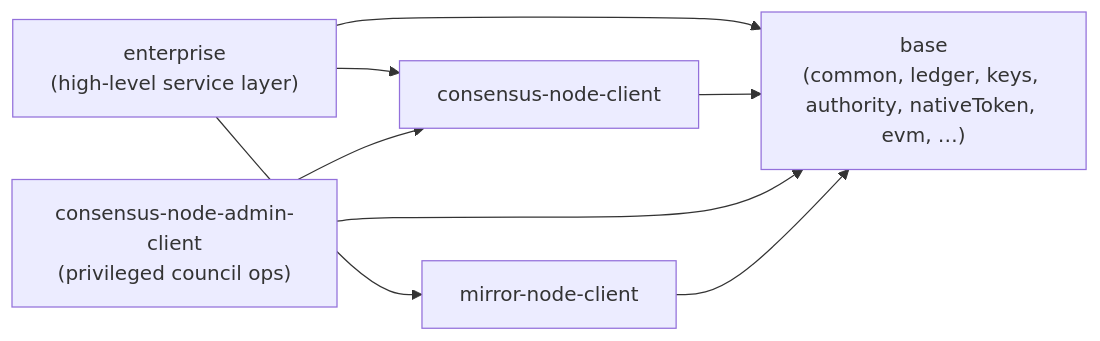
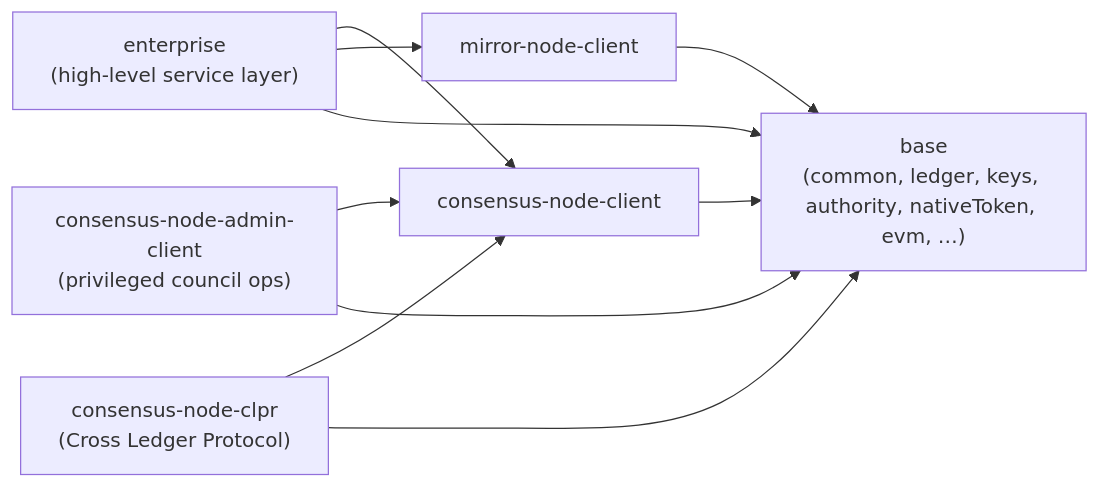
The first of 8 diagrams in spec/dependencies.md (hiero-hackers/hiero-sdk-v3-prototyping), drawn with Mermaid before and after one commit. The commit also changed other lines of this file and 4 other files, not shown here.

````diff
--- a/spec/dependencies.md
+++ b/spec/dependencies.md
@@ -21,16 +22,19 @@
 ```mermaid
 flowchart LR
     enterprise["enterprise<br/>(high-level service layer)"]
     consensus["consensus-node-client"]
     admin["consensus-node-admin-client<br/>(privileged council ops)"]
+    clpr["consensus-node-clpr<br/>(Cross Ledger Protocol)"]
     mirror["mirror-node-client"]
     base["base<br/>(common, ledger, keys, authority, nativeToken, evm, …)"]
 
     enterprise --> consensus
     enterprise --> mirror
     enterprise --> base
     consensus --> base
     admin --> consensus
     admin --> base
+    clpr --> consensus
+    clpr --> base
     mirror --> base
 ```
````
